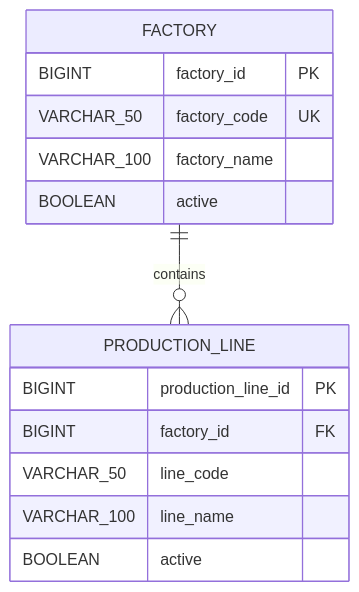
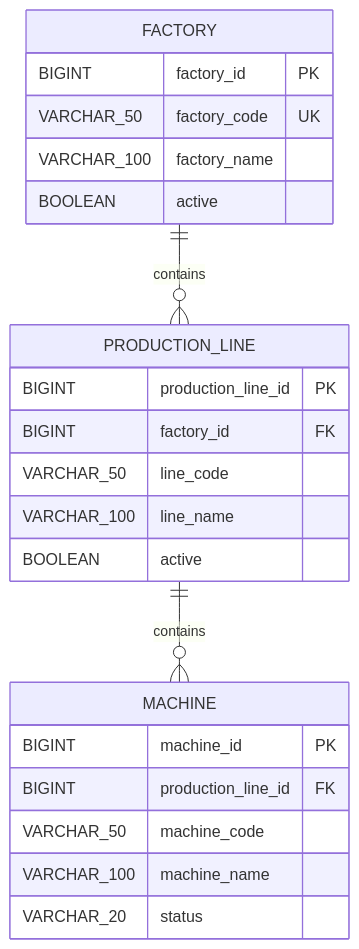
The diagram in docs/03-erd.md (Juglee0527/aps-engine), drawn with Mermaid before and after one commit. The commit also changed other lines of this file and 12 other files, not shown here.

````diff
--- a/docs/03-erd.md
+++ b/docs/03-erd.md
@@ -5,17 +5,25 @@
 ```mermaid
 erDiagram
     FACTORY {
         BIGINT factory_id PK
         VARCHAR_50 factory_code UK
         VARCHAR_100 factory_name
         BOOLEAN active
     }
     PRODUCTION_LINE {
         BIGINT production_line_id PK
         BIGINT factory_id FK
         VARCHAR_50 line_code
         VARCHAR_100 line_name
         BOOLEAN active
     }
+    MACHINE {
+        BIGINT machine_id PK
+        BIGINT production_line_id FK
+        VARCHAR_50 machine_code
+        VARCHAR_100 machine_name
+        VARCHAR_20 status
+    }
     FACTORY ||--o{ PRODUCTION_LINE : contains
+    PRODUCTION_LINE ||--o{ MACHINE : contains
 ```
````
